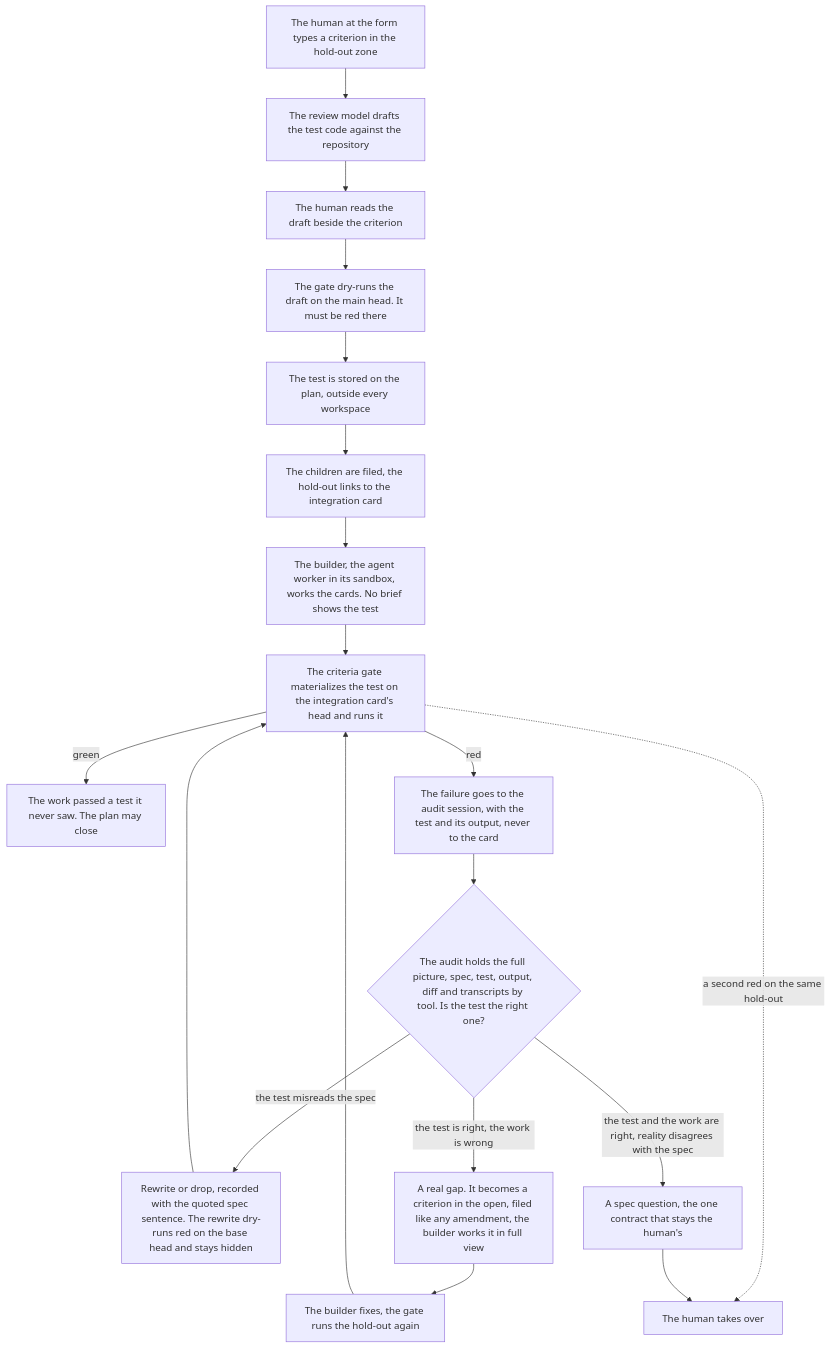
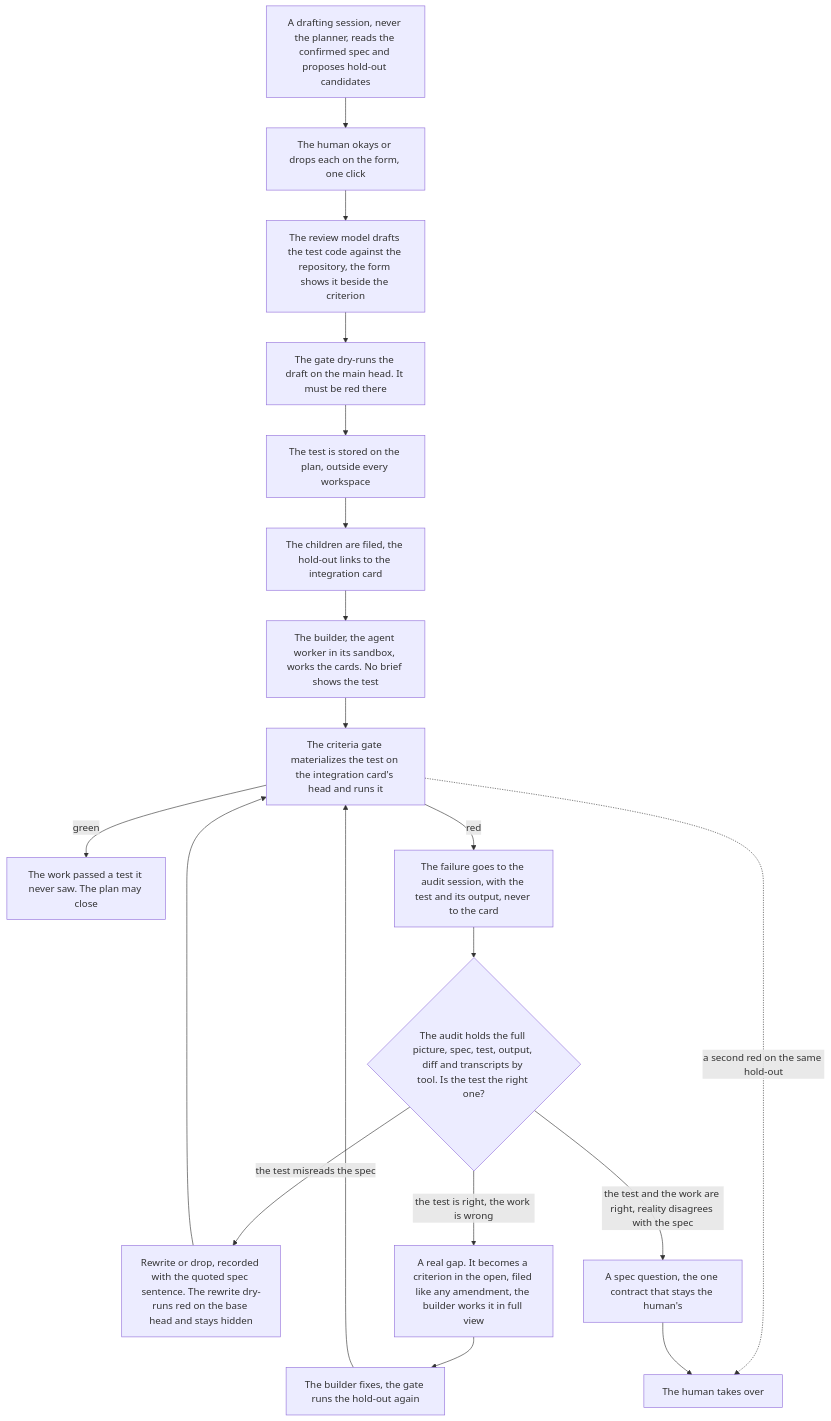
The second of 2 diagrams in docs/spec-intake-concept-2026-10-16.md (sebastianrueckerai/ai-software-factory), drawn with Mermaid before and after one commit. The commit also changed other lines of this file and 1 other file, not shown here.

Commit message:
docs: a session drafts hold-outs, the open questions settle

````diff
--- a/docs/spec-intake-concept-2026-10-16.md
+++ b/docs/spec-intake-concept-2026-10-16.md
@@ -141,21 +141,21 @@
     ```mermaid
     flowchart TD
-        A["The human at the form types a criterion in the hold-out zone"] --> B["The review model drafts the test code against the repository"]
-        B --> C["The human reads the draft beside the criterion"]
+        A["A drafting session, never the planner, reads the confirmed spec and proposes hold-out candidates"] --> B["The human okays or drops each on the form, one click"]
+        B --> C["The review model drafts the test code against the repository, the form shows it beside the criterion"]
         C --> D["The gate dry-runs the draft on the main head. It must be red there"]
         D --> E["The test is stored on the plan, outside every workspace"]
         E --> F["The children are filed, the hold-out links to the integration card"]
         F --> G["The builder, the agent worker in its sandbox, works the cards. No brief shows the test"]
         G --> H["The criteria gate materializes the test on the integration card's head and runs it"]
         H -->|"green"| I["The work passed a test it never saw. The plan may close"]
         H -->|"red"| J["The failure goes to the audit session, with the test and its output, never to the card"]
         J --> K{"The audit holds the full picture, spec, test, output, diff and transcripts by tool. Is the test the right one?"}
         K -->|"the test misreads the spec"| L["Rewrite or drop, recorded with the quoted spec sentence. The rewrite dry-runs red on the base head and stays hidden"]
         K -->|"the test is right, the work is wrong"| M["A real gap. It becomes a criterion in the open, filed like any amendment, the builder works it in full view"]
         K -->|"the test and the work are right, reality disagrees with the spec"| Q["A spec question, the one contract that stays the human's"]
         L --> H
         M --> N["The builder fixes, the gate runs the hold-out again"]
         N --> H
         H -.->|"a second red on the same hold-out"| R["The human takes over"]
         Q --> R
     ```
````
